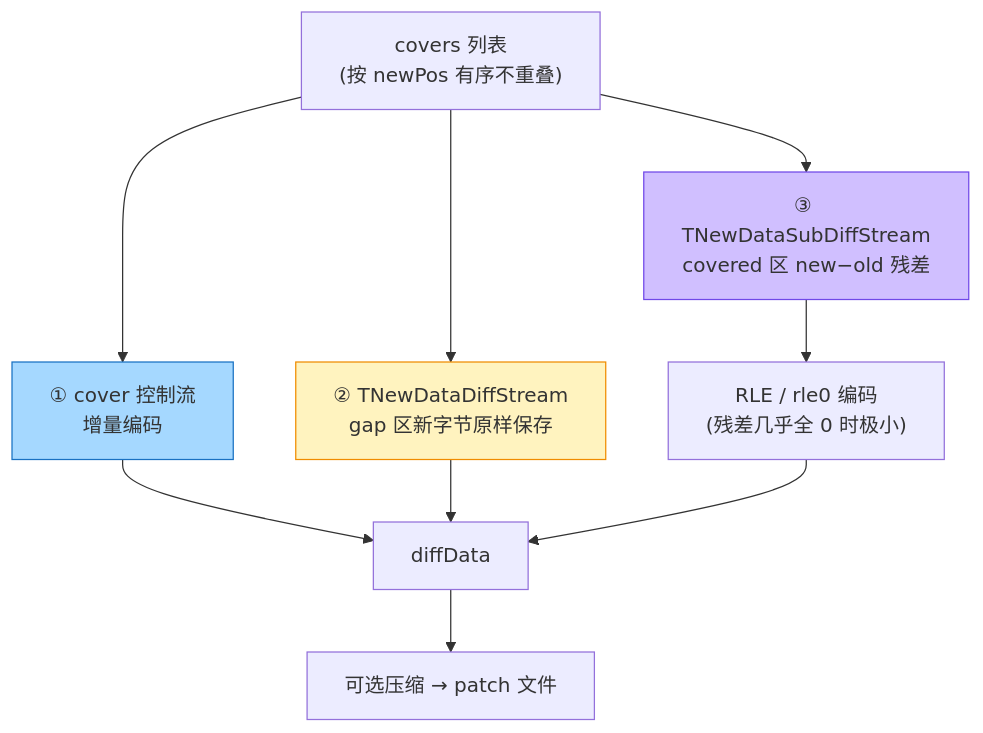
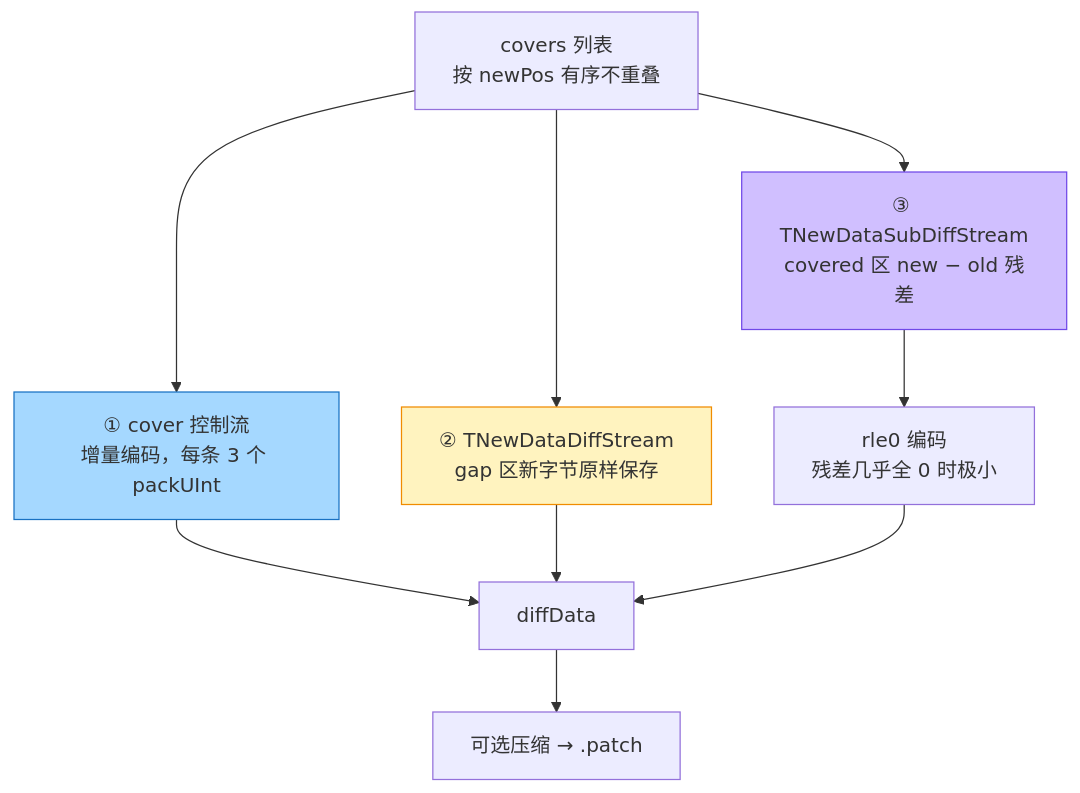
Before and after one commit to fankidark/tech-site: the second of 2 diagrams in docs/hot-update/hdiff-generate.md, drawn with Mermaid. The commit also changed other lines of this file and 14 other files, not shown here.

First line of the commit message:
hot-update: 差分系列 10 篇图文改造 + 3 个新组件

````diff
--- a/docs/hot-update/hdiff-generate.md
+++ b/docs/hot-update/hdiff-generate.md
@@ -122,15 +222,15 @@
 ```mermaid
 flowchart TB
-    A["covers 列表<br/>(按 newPos 有序不重叠)"] --> B["① cover 控制流<br/>增量编码"]
+    A["covers 列表<br/>按 newPos 有序不重叠"] --> B["① cover 控制流<br/>增量编码，每条 3 个 packUInt"]
     A --> C["② TNewDataDiffStream<br/>gap 区新字节原样保存"]
-    A --> D["③ TNewDataSubDiffStream<br/>covered 区 new−old 残差"]
-    D --> E["RLE / rle0 编码<br/>(残差几乎全 0 时极小)"]
+    A --> D["③ TNewDataSubDiffStream<br/>covered 区 new − old 残差"]
+    D --> E["rle0 编码<br/>残差几乎全 0 时极小"]
     B --> F["diffData"]
     C --> F
     E --> F
-    F --> G["可选压缩 → patch 文件"]
+    F --> G["可选压缩 → .patch"]
 
     style B fill:#a5d8ff,stroke:#1971c2
     style C fill:#fff3bf,stroke:#f08c00
     style D fill:#d0bfff,stroke:#7048e8
 ```
````
